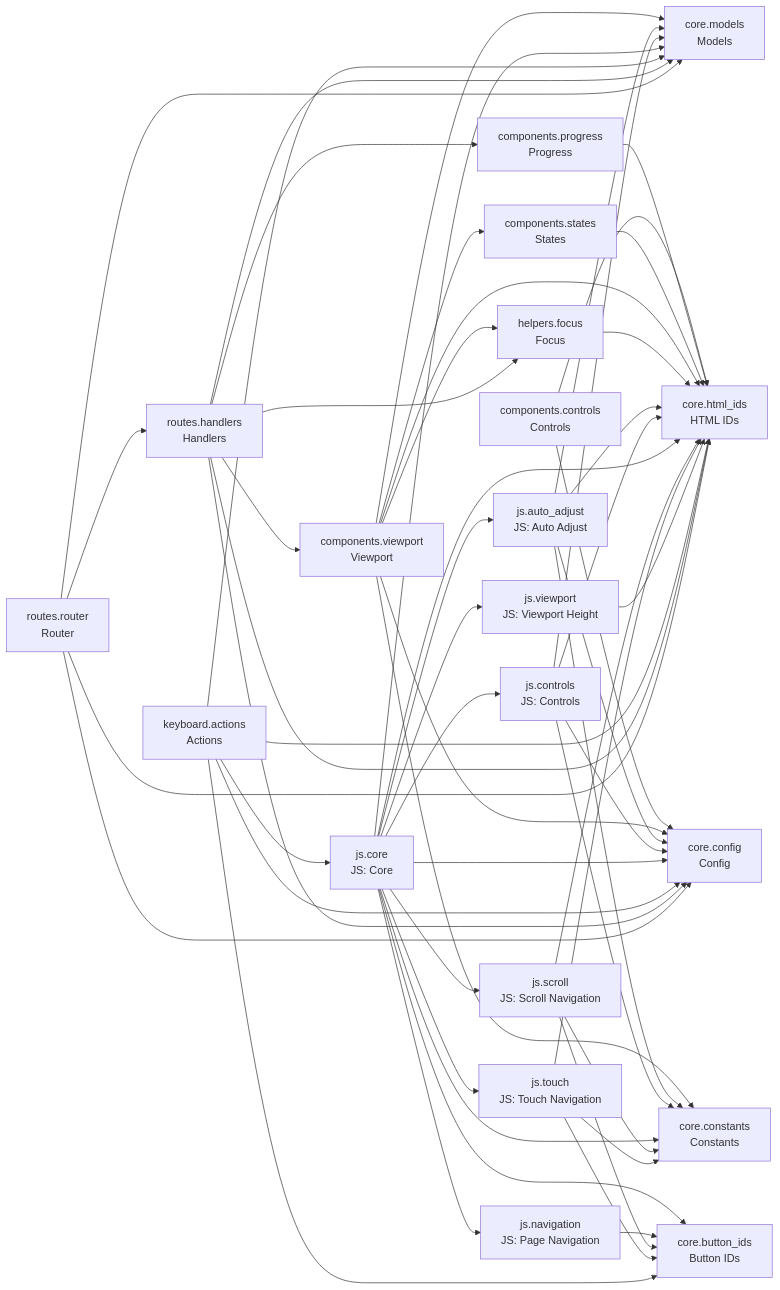
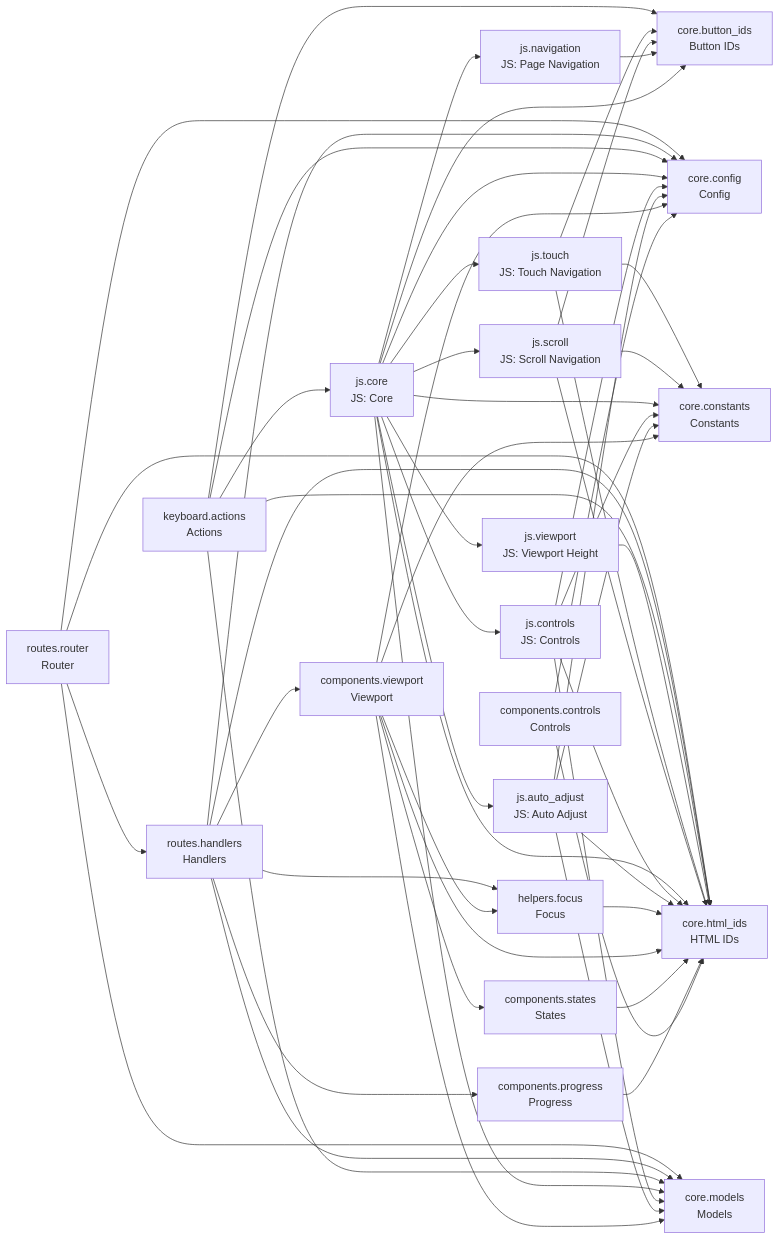
The diagram in README.md (cj-mills/cjm-fasthtml-card-stack), drawn with Mermaid before and after one commit. The commit also changed other lines of this file and 6 other files, not shown here.

````diff
--- a/README.md
+++ b/README.md
@@ -46,77 +46,77 @@
 ``` mermaid
 graph LR
     components_controls[components.controls<br/>Controls]
     components_progress[components.progress<br/>Progress]
     components_states[components.states<br/>States]
     components_viewport[components.viewport<br/>Viewport]
     core_button_ids[core.button_ids<br/>Button IDs]
     core_config[core.config<br/>Config]
     core_constants[core.constants<br/>Constants]
     core_html_ids[core.html_ids<br/>HTML IDs]
     core_models[core.models<br/>Models]
     helpers_focus[helpers.focus<br/>Focus]
     js_auto_adjust[js.auto_adjust<br/>JS: Auto Adjust]
     js_controls[js.controls<br/>JS: Controls]
     js_core[js.core<br/>JS: Core]
     js_navigation[js.navigation<br/>JS: Page Navigation]
     js_scroll[js.scroll<br/>JS: Scroll Navigation]
     js_touch[js.touch<br/>JS: Touch Navigation]
     js_viewport[js.viewport<br/>JS: Viewport Height]
     keyboard_actions[keyboard.actions<br/>Actions]
     routes_handlers[routes.handlers<br/>Handlers]
     routes_router[routes.router<br/>Router]
 
+    components_controls --> core_html_ids
     components_controls --> core_config
-    components_controls --> core_html_ids
     components_progress --> core_html_ids
     components_states --> core_html_ids
+    components_viewport --> core_html_ids
+    components_viewport --> core_config
+    components_viewport --> helpers_focus
+    components_viewport --> components_states
     components_viewport --> core_models
-    components_viewport --> helpers_focus
-    components_viewport --> core_config
-    components_viewport --> components_states
     components_viewport --> core_constants
-    components_viewport --> core_html_ids
     helpers_focus --> core_html_ids
     js_auto_adjust --> core_constants
     js_auto_adjust --> core_models
     js_auto_adjust --> core_config
     js_auto_adjust --> core_html_ids
     js_controls --> core_constants
     js_controls --> core_models
     js_controls --> core_config
     js_controls --> core_html_ids
+    js_core --> js_controls
+    js_core --> core_constants
+    js_core --> core_html_ids
+    js_core --> core_config
+    js_core --> core_button_ids
+    js_core --> js_auto_adjust
+    js_core --> js_navigation
+    js_core --> js_viewport
     js_core --> js_scroll
-    js_core --> core_constants
     js_core --> core_models
-    js_core --> core_config
-    js_core --> js_viewport
-    js_core --> core_button_ids
-    js_core --> js_controls
-    js_core --> js_auto_adjust
     js_core --> js_touch
-    js_core --> js_navigation
-    js_core --> core_html_ids
     js_navigation --> core_button_ids
+    js_scroll --> core_button_ids
     js_scroll --> core_constants
     js_scroll --> core_html_ids
-    js_scroll --> core_button_ids
+    js_touch --> core_button_ids
     js_touch --> core_constants
     js_touch --> core_html_ids
-    js_touch --> core_button_ids
     js_viewport --> core_html_ids
+    keyboard_actions --> core_html_ids
     keyboard_actions --> core_config
+    keyboard_actions --> core_button_ids
     keyboard_actions --> js_core
-    keyboard_actions --> core_button_ids
     keyboard_actions --> core_models
-    keyboard_actions --> core_html_ids
+    routes_handlers --> core_html_ids
+    routes_handlers --> core_config
     routes_handlers --> components_viewport
+    routes_handlers --> helpers_focus
+    routes_handlers --> components_progress
     routes_handlers --> core_models
-    routes_handlers --> helpers_focus
-    routes_handlers --> core_config
-    routes_handlers --> core_html_ids
-    routes_handlers --> components_progress
+    routes_router --> routes_handlers
+    routes_router --> core_html_ids
+    routes_router --> core_config
     routes_router --> core_models
-    routes_router --> routes_handlers
-    routes_router --> core_config
-    routes_router --> core_html_ids
 ```
````
